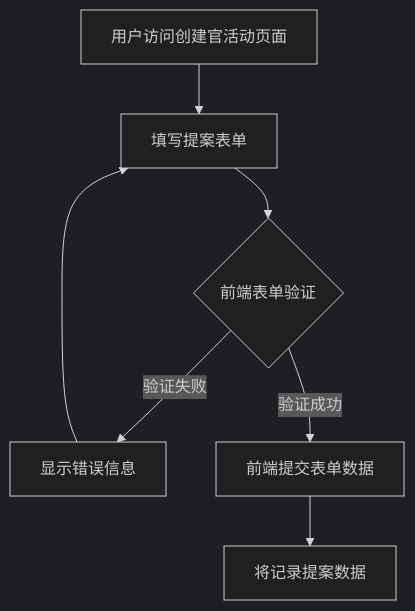
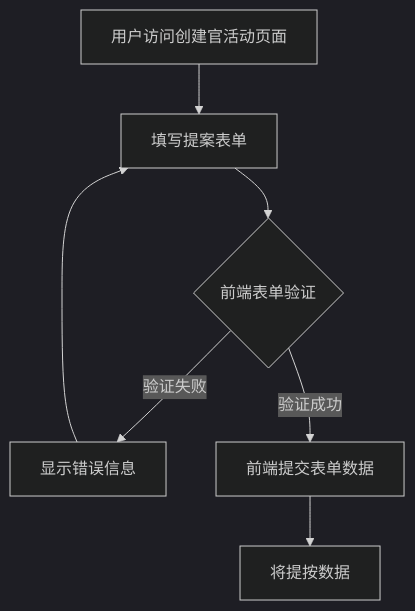
One commit to yingjianzh/iodraw-files changed the diagram in all/未命名-72.md. Above: the diagram before and after it, drawn with Mermaid (dark theme).

Commit message:
2025-07-03 18:12:28 update

````diff
--- a/all/未命名-72.md
+++ b/all/未命名-72.md
@@ -1,11 +1,11 @@
 ```mermaid
 
 flowchart TD
     A[用户访问创建官活动页面] --> B[填写提案表单]
     B --> C{前端表单验证}
     C -->|验证失败| D[显示错误信息]
     D --> B
     C -->|验证成功| E[前端提交表单数据]
-    E --> F[将记录提案数据]
+    E --> F[将提按数据]
 
 ```
````
